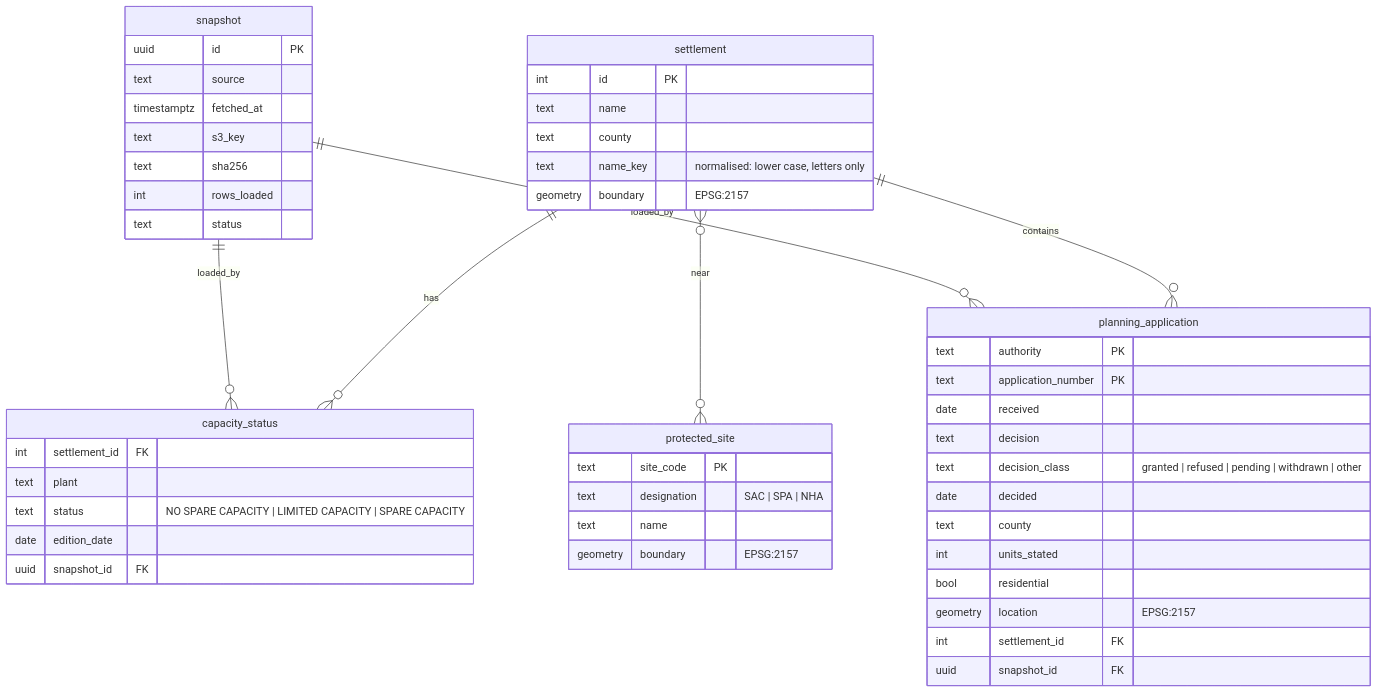
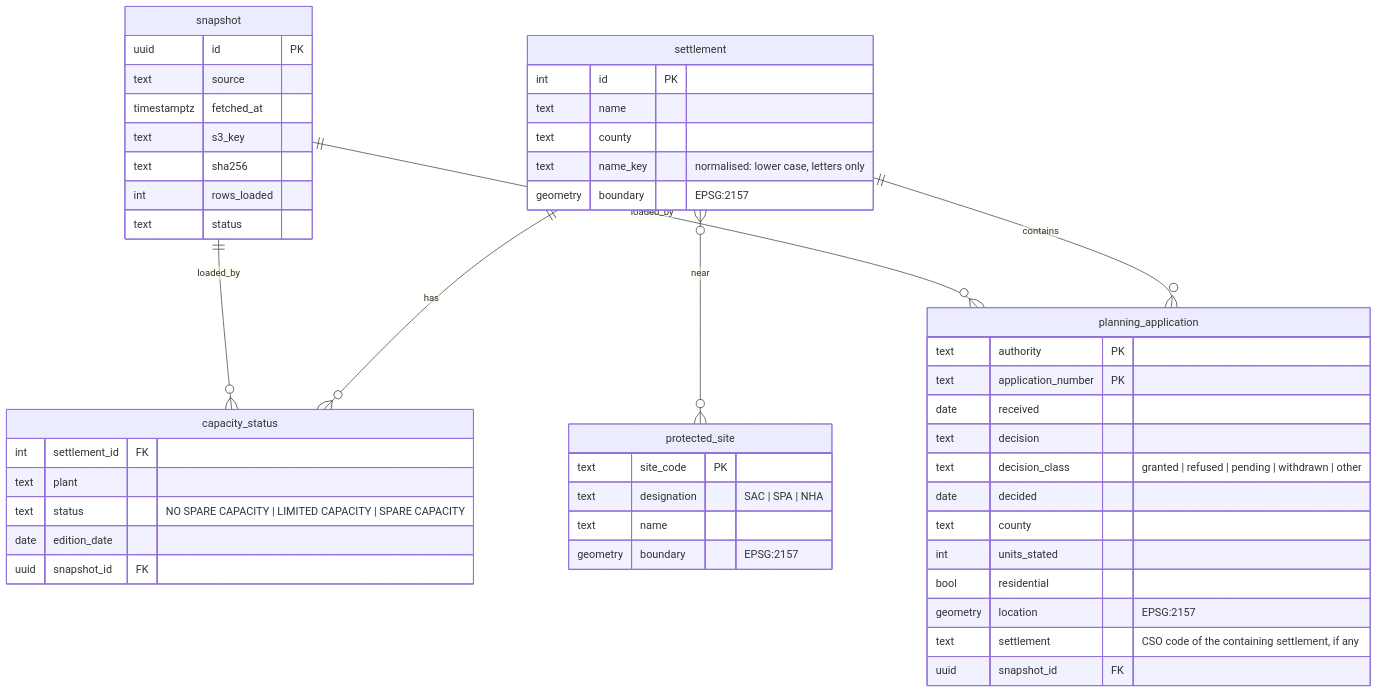
The second of 2 diagrams in docs/DESIGN.md (Neel09apr/DwellWise), drawn with Mermaid before and after one commit. The commit also changed other lines of this file and 17 other files, not shown here.

````diff
--- a/docs/DESIGN.md
+++ b/docs/DESIGN.md
@@ -103,52 +103,52 @@
 ```mermaid
 erDiagram
   settlement ||--o{ capacity_status : has
   settlement ||--o{ planning_application : contains
   settlement }o--o{ protected_site : near
   snapshot ||--o{ capacity_status : loaded_by
   snapshot ||--o{ planning_application : loaded_by
 
   settlement {
     int id PK
     text name
     text county
     text name_key "normalised: lower case, letters only"
     geometry boundary "EPSG:2157"
   }
   capacity_status {
     int settlement_id FK
     text plant
     text status "NO SPARE CAPACITY | LIMITED CAPACITY | SPARE CAPACITY"
     date edition_date
     uuid snapshot_id FK
   }
   planning_application {
     text authority PK
     text application_number PK
     date received
     text decision
     text decision_class "granted | refused | pending | withdrawn | other"
     date decided
     text county
     int units_stated
     bool residential
     geometry location "EPSG:2157"
-    int settlement_id FK
+    text settlement "CSO code of the containing settlement, if any"
     uuid snapshot_id FK
   }
   protected_site {
     text site_code PK
     text designation "SAC | SPA | NHA"
     text name
     geometry boundary "EPSG:2157"
   }
   snapshot {
     uuid id PK
     text source
     timestamptz fetched_at
     text s3_key
     text sha256
     int rows_loaded
     text status
   }
 ```
````
